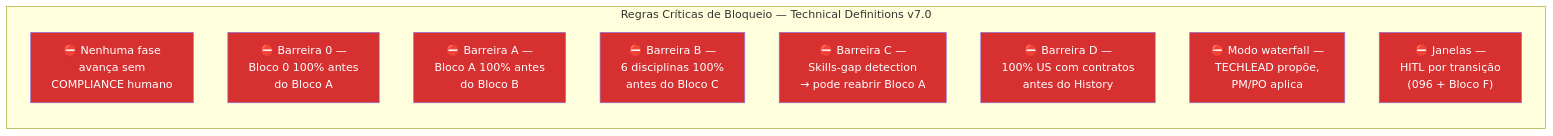
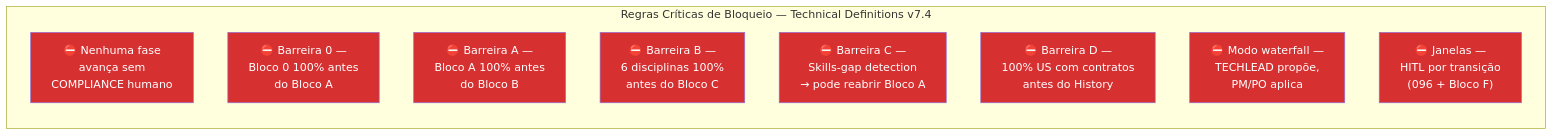
Before and after one commit to bolismar69/workspace-fbso: diagram 11 of 11 in .specs/prompts/project-technical-definitions/FLOWCHART-PROMPT-ROADMAP-GENERATE-PROJECT-TECHNICAL-DEFINITIONS.md, drawn with Mermaid. The commit also changed other lines of this file and 16 other files, not shown here.

First line of the commit message:
fix: consistência geral dos roadmaps e flowcharts — versões, Mermaid e referências internas

````diff
--- a/.specs/prompts/project-technical-definitions/FLOWCHART-PROMPT-ROADMAP-GENERATE-PROJECT-TECHNICAL-DEFINITIONS.md
+++ b/.specs/prompts/project-technical-definitions/FLOWCHART-PROMPT-ROADMAP-GENERATE-PROJECT-TECHNICAL-DEFINITIONS.md
@@ -975,22 +978,22 @@
 ```mermaid
 flowchart LR
-    subgraph GATING["Regras Críticas de Bloqueio — Technical Definitions v7.0"]
+    subgraph GATING["Regras Críticas de Bloqueio — Technical Definitions v7.4"]
         G1["⛔ Nenhuma fase<br/>avança sem<br/>COMPLIANCE humano"]
         G2["⛔ Barreira 0 —<br/>Bloco 0 100% antes<br/>do Bloco A"]
         G3["⛔ Barreira A —<br/>Bloco A 100% antes<br/>do Bloco B"]
         G4["⛔ Barreira B —<br/>6 disciplinas 100%<br/>antes do Bloco C"]
         G5["⛔ Barreira C —<br/>Skills-gap detection<br/>→ pode reabrir Bloco A"]
         G6["⛔ Barreira D —<br/>100% US com contratos<br/>antes do History"]
         G7["⛔ Modo waterfall —<br/>TECHLEAD propõe,<br/>PM/PO aplica"]
         G8["⛔ Janelas —<br/>HITL por transição<br/>(096 + Bloco F)"]
     end
 
     style G1 fill:#d63031,color:#fff
     style G2 fill:#d63031,color:#fff
     style G3 fill:#d63031,color:#fff
     style G4 fill:#d63031,color:#fff
     style G5 fill:#d63031,color:#fff
     style G6 fill:#d63031,color:#fff
     style G7 fill:#d63031,color:#fff
     style G8 fill:#d63031,color:#fff
 ```
````
